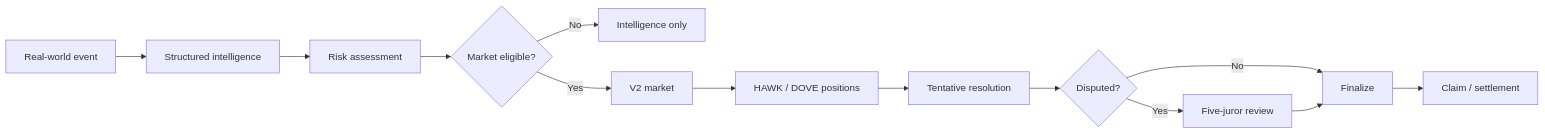
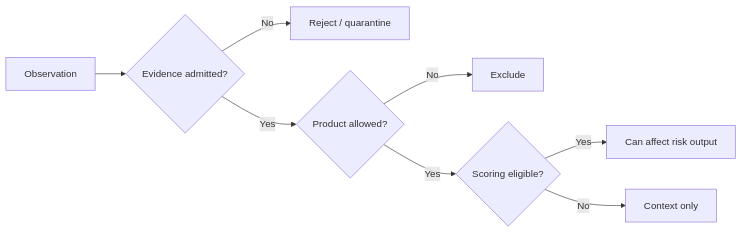
Before and after one commit to blocknine0/geomacro: the third of 3 diagrams in README.md, drawn with Mermaid. The commit also changed other lines of this file, not shown here.

Commit message:
docs: make README the current intelligence-first product source of truth

````diff
--- a/README.md
+++ b/README.md
@@ -177,19 +204,10 @@
 ```mermaid
 graph LR;
-    EVENT["Real-world event"] --> INTEL["Structured intelligence"];
-    INTEL --> RISK["Risk assessment"];
-    RISK --> ELIGIBLE{"Market eligible?"};
-
-    ELIGIBLE -->|No| READ["Intelligence only"];
-    ELIGIBLE -->|Yes| MARKET["V2 market"];
-
-    MARKET --> POSITION["HAWK / DOVE positions"];
-    POSITION --> RESOLUTION["Tentative resolution"];
-
-    RESOLUTION --> CHALLENGE{"Disputed?"};
-    CHALLENGE -->|No| FINAL["Finalize"];
-    CHALLENGE -->|Yes| JURY["Five-juror review"];
-
-    JURY --> FINAL;
-    FINAL --> CLAIM["Claim / settlement"];
+    OBS["Observation"] --> EVIDENCE{"Evidence admitted?"};
+    EVIDENCE -->|No| REJECT["Reject / quarantine"];
+    EVIDENCE -->|Yes| PRODUCT{"Product allowed?"};
+    PRODUCT -->|No| EXCLUDE["Exclude"];
+    PRODUCT -->|Yes| SCORE{"Scoring eligible?"};
+    SCORE -->|Yes| RISK["Can affect risk output"];
+    SCORE -->|No| CONTEXT["Context only"];
 ```
````
